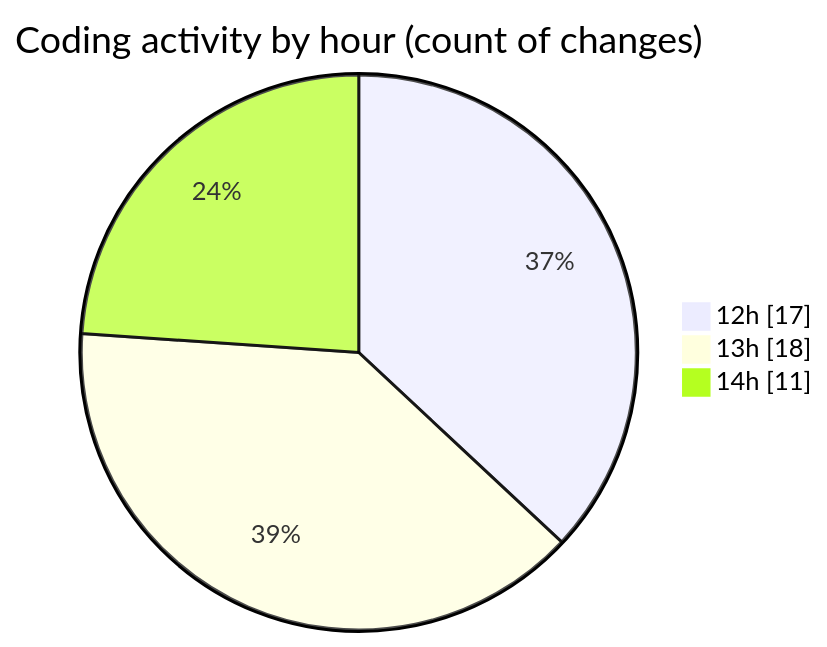
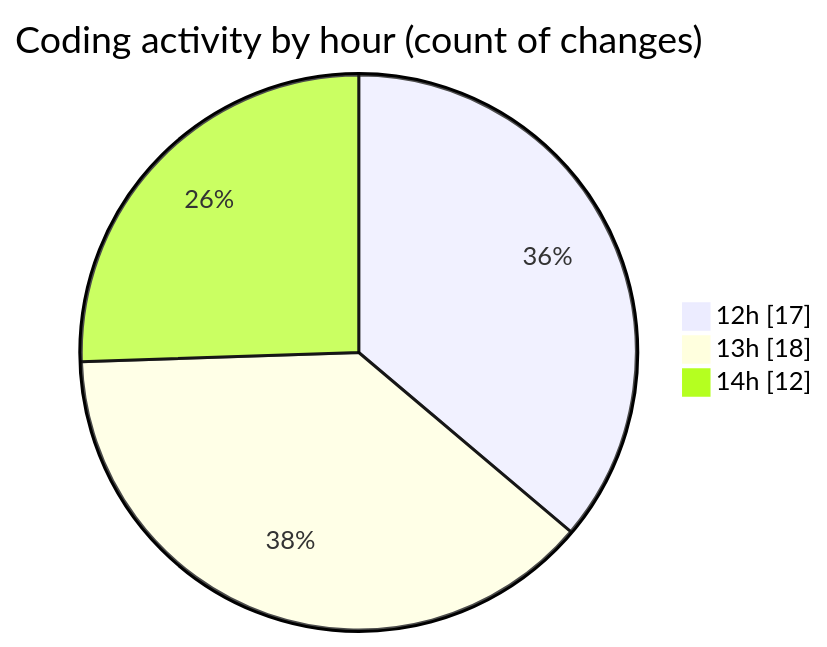
The second of 2 diagrams in 2025-06-01/video_app/README.md (CELIANVF/code-tracking), drawn with Mermaid before and after one commit. The commit also changed other lines of this file and 1 other file, not shown here.

````diff
--- a/2025-06-01/video_app/README.md
+++ b/2025-06-01/video_app/README.md
@@ -38,7 +38,7 @@
 ```mermaid
 pie showData
 title Coding activity by hour (count of changes)
 "12h" : 17
 "13h" : 18
-"14h" : 11
+"14h" : 12
 ```
````
